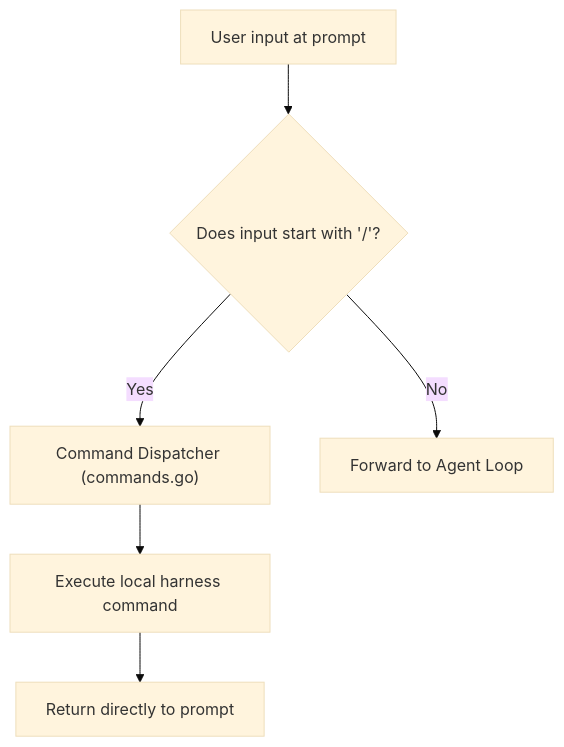
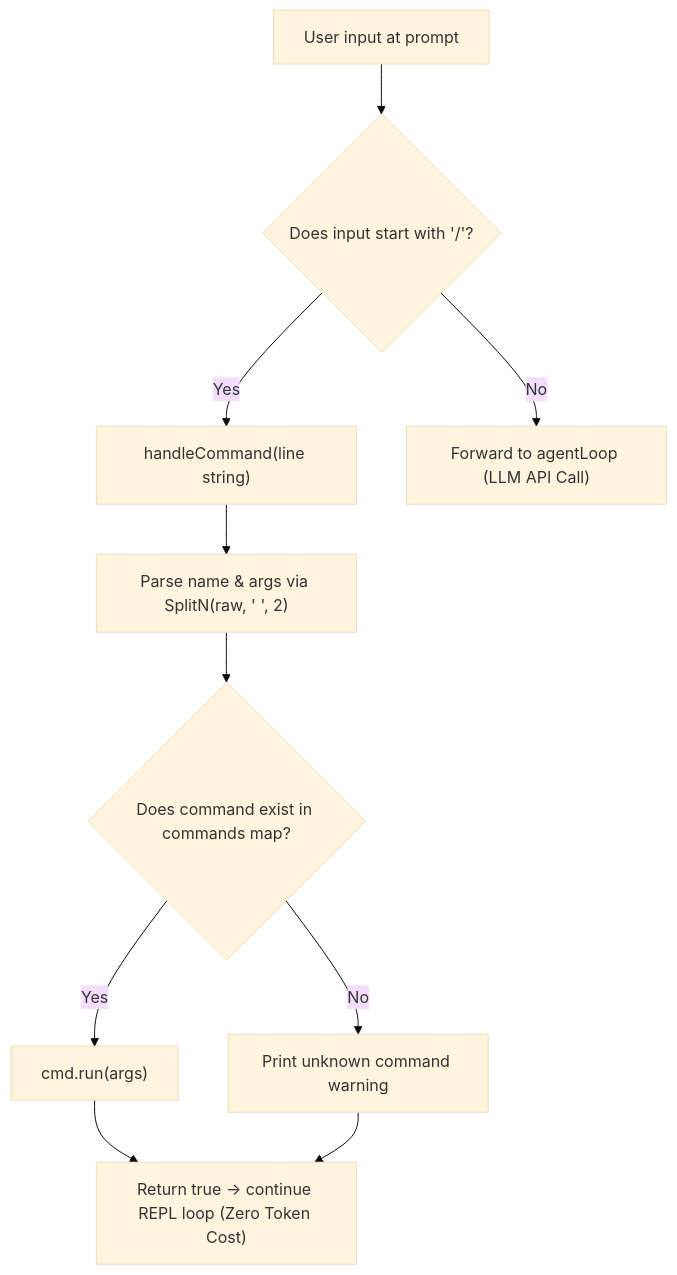
The diagram in docs/steps/05-slash-commands.md (AntonioHellin/phi-code-agent), drawn with Mermaid (base theme) before and after one commit. The commit also changed other lines of this file and 2 other files, not shown here.

Commit message:
step/05-slash-commands: feat: add slash command registry and repl interception

````diff
--- a/docs/steps/05-slash-commands.md
+++ b/docs/steps/05-slash-commands.md
@@ -9,8 +9,12 @@
 ```mermaid
 flowchart TD
     Input["User input at prompt"] --> Check{"Does input start with '/'?"}
-    Check -- "Yes" --> Dispatch["Command Dispatcher (commands.go)"]
-    Dispatch --> CommandExec["Execute local harness command"]
-    CommandExec --> REPL["Return directly to prompt"]
-    Check -- "No" --> Agent["Forward to Agent Loop"]
+    Check -- "Yes" --> Dispatch["handleCommand(line string)"]
+    Dispatch --> Parse["Parse name & args via SplitN(raw, ' ', 2)"]
+    Parse --> Lookup{"Does command exist in commands map?"}
+    Lookup -- "Yes" --> Exec["cmd.run(args)"]
+    Lookup -- "No" --> Warn["Print unknown command warning"]
+    Exec --> REPL["Return true -> continue REPL loop (Zero Token Cost)"]
+    Warn --> REPL
+    Check -- "No" --> Agent["Forward to agentLoop (LLM API Call)"]
 ```
````
